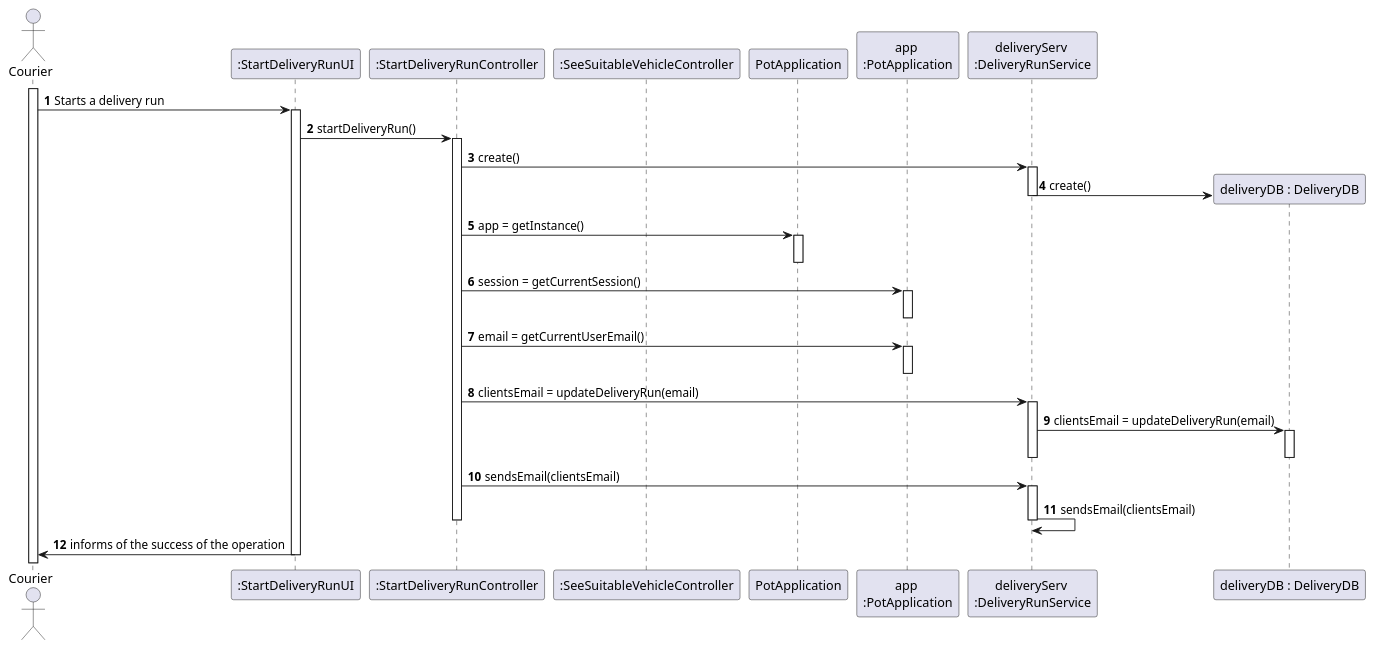
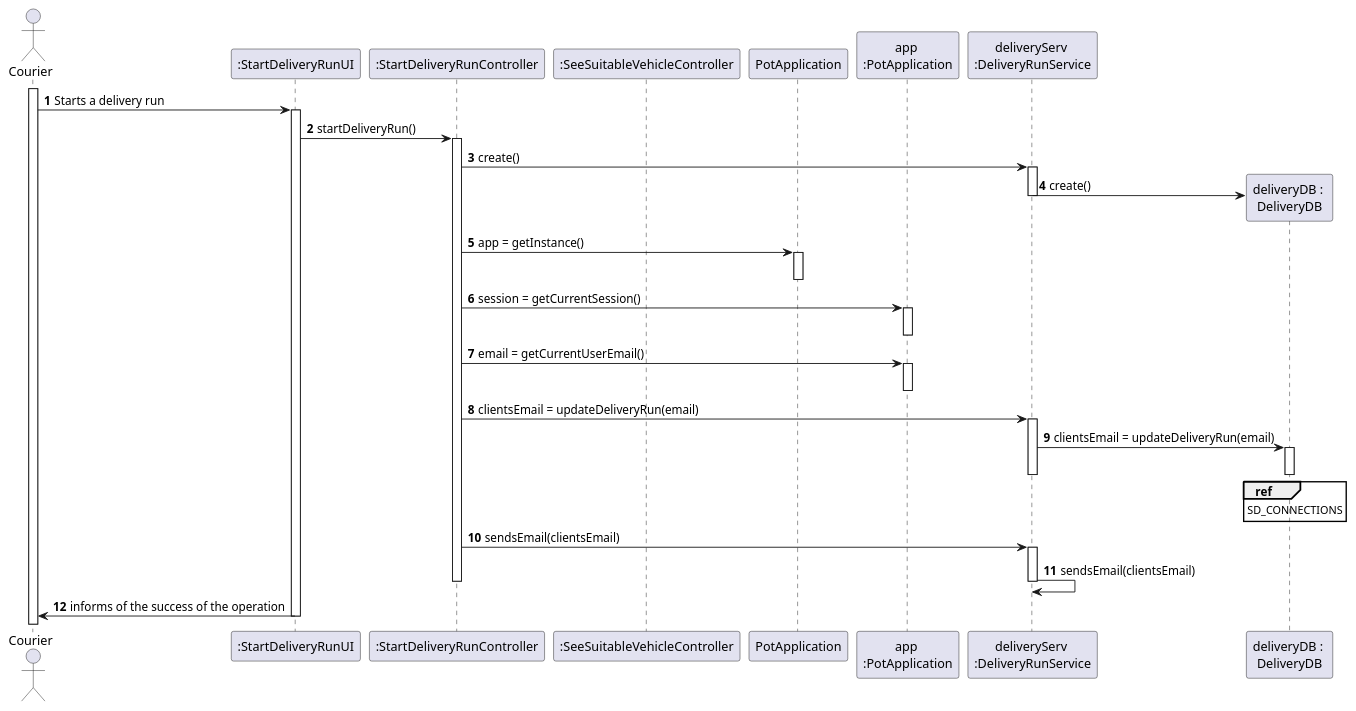
Before and after one commit to tiagoavcosta25/LAPR3: the diagram in docs/Iteration 3/Delivery Management/Refinement/US205_StartDeliveryRun/US205_SD.puml, drawn with PlantUML. The commit also changed 10 other files, not shown here.

```diff
--- a/docs/Iteration 3/Delivery Management/Refinement/US205_StartDeliveryRun/US205_SD.puml
+++ b/docs/Iteration 3/Delivery Management/Refinement/US205_StartDeliveryRun/US205_SD.puml
@@ -1,47 +1,48 @@
 @startuml
 autonumber
 actor "Courier" as ADMIN
 participant ":StartDeliveryRunUI" as UI
 participant ":StartDeliveryRunController" as CTRL
 participant ":SeeSuitableVehicleController" as CTRLS
 participant "PotApplication" as PA
 participant "app \n:PotApplication" as APA
 participant "deliveryServ \n:DeliveryRunService" as PR
-participant "deliveryDB : DeliveryDB" as PDB
+participant "deliveryDB : \nDeliveryDB" as PDB
 activate ADMIN
 
 ADMIN -> UI : Starts a delivery run
 activate UI
 
 UI -> CTRL : startDeliveryRun()
 activate CTRL
 CTRL -> PR : create()
 activate PR
 PR -> PDB** : create()
 deactivate PR
 CTRL -> PA : app = getInstance()
 activate PA
 deactivate PA
 CTRL -> APA : session = getCurrentSession()
 activate APA
 deactivate APA
 
 CTRL -> APA : email = getCurrentUserEmail()
 activate APA
 deactivate APA
 CTRL -> PR : clientsEmail = updateDeliveryRun(email)
 activate PR
 PR -> PDB : clientsEmail = updateDeliveryRun(email)
+ref over PDB : SD_CONNECTIONS
 activate PDB
 deactivate PDB
 deactivate PR
 
 CTRL -> PR : sendsEmail(clientsEmail)
 activate PR
 PR -> PR : sendsEmail(clientsEmail)
 deactivate PR
 deactivate CTRL
 UI -> ADMIN : informs of the success of the operation
 deactivate UI
 
 @enduml
```
